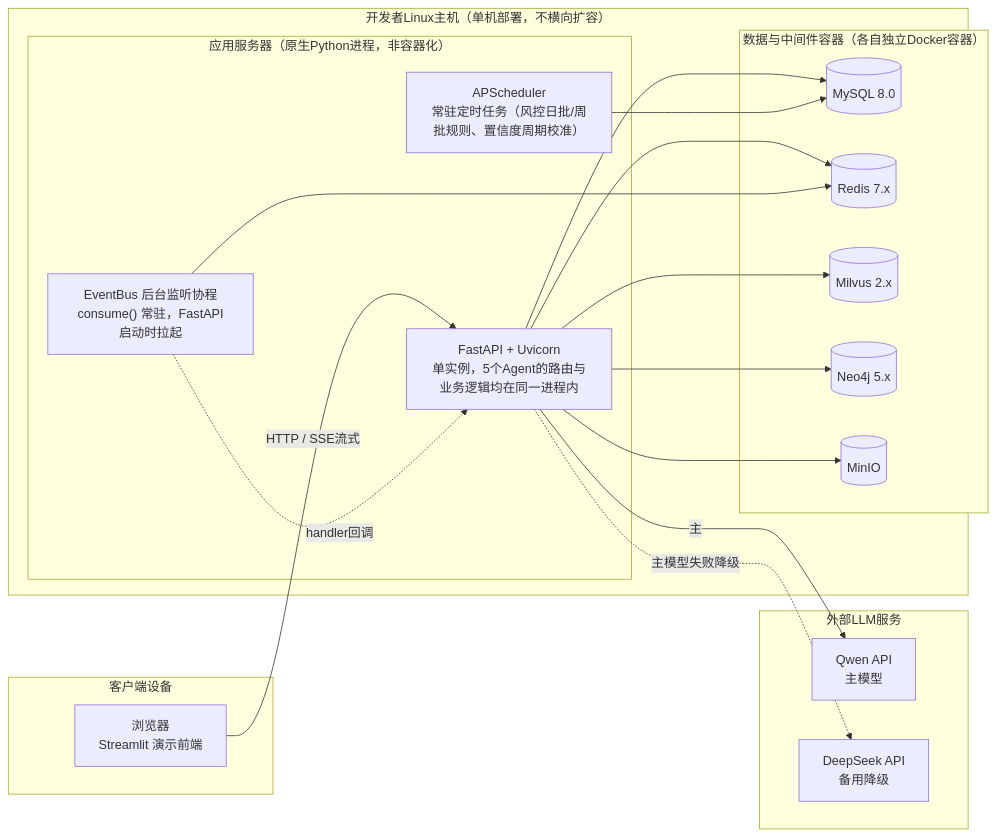
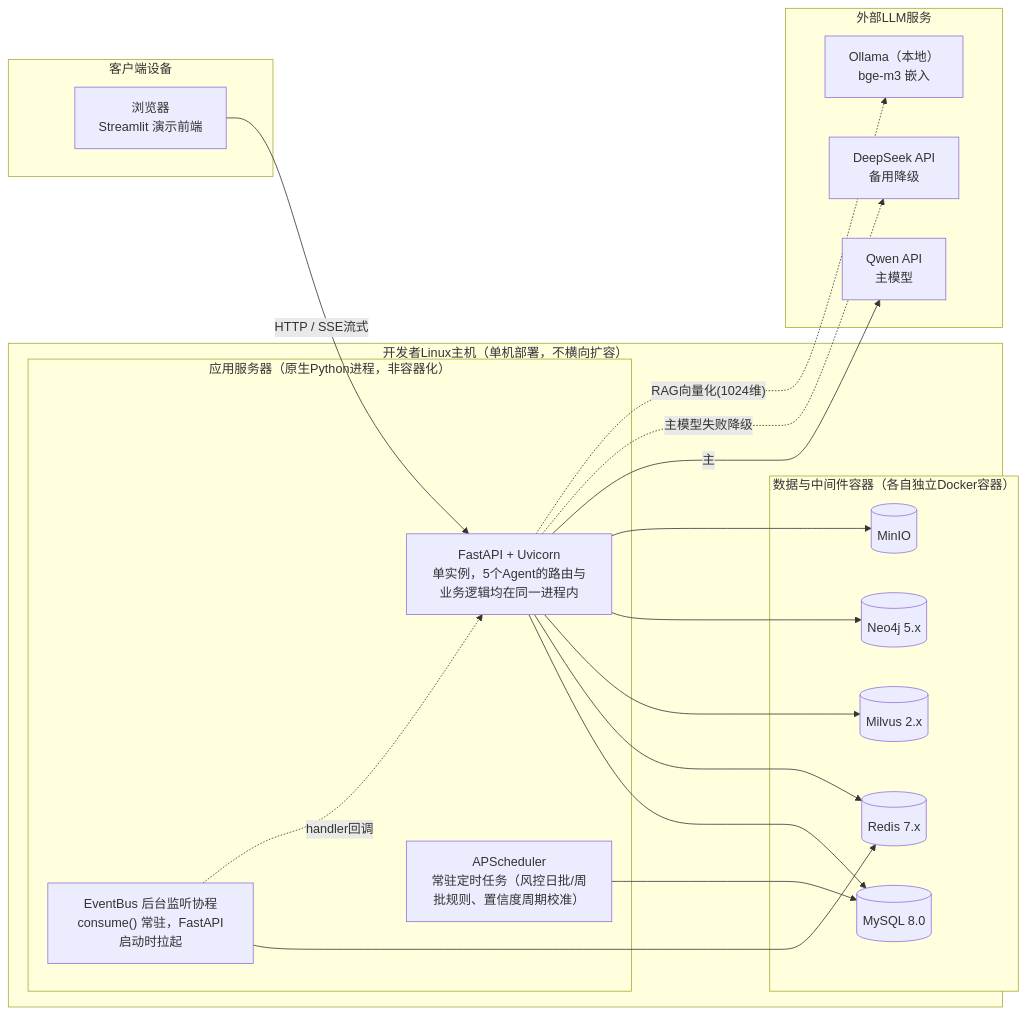
One commit to Luckydajiupro/wealth-butler changed the second of 8 diagrams in docs/架构设计文档.md. Above: the diagram before and after it, drawn with Mermaid. The commit also changed other lines of this file and 8 other files, not shown here.

First line of the commit message:
嵌入模型改为本地 Ollama bge-m3，并补充 .env.example 模板

````diff
--- a/docs/架构设计文档.md
+++ b/docs/架构设计文档.md
@@ -120,39 +120,41 @@
 ```mermaid
 graph LR
     subgraph 客户端设备
         Browser["浏览器<br/>Streamlit 演示前端"]
     end
 
     subgraph 开发者Linux主机["开发者Linux主机（单机部署，不横向扩容）"]
         subgraph 应用服务器["应用服务器（原生Python进程，非容器化）"]
             Uvicorn["FastAPI + Uvicorn<br/>单实例，5个Agent的路由与业务逻辑均在同一进程内"]
             Scheduler["APScheduler<br/>常驻定时任务（风控日批/周批规则、置信度周期校准）"]
             Listener["EventBus 后台监听协程<br/>consume() 常驻，FastAPI启动时拉起"]
         end
 
         subgraph 数据与中间件容器["数据与中间件容器（各自独立Docker容器）"]
             MySQL[(MySQL 8.0)]
             Redis[(Redis 7.x)]
             Milvus[(Milvus 2.x)]
             Neo4j[(Neo4j 5.x)]
             MinIO[(MinIO)]
         end
     end
 
     subgraph 外部LLM服务
         Qwen["Qwen API<br/>主模型"]
         DeepSeek["DeepSeek API<br/>备用降级"]
+        Ollama["Ollama（本地）<br/>bge-m3 嵌入"]
     end
 
     Browser -- "HTTP / SSE流式" --> Uvicorn
     Uvicorn --> MySQL
     Uvicorn --> Redis
     Uvicorn --> Milvus
     Uvicorn --> Neo4j
     Uvicorn --> MinIO
     Uvicorn -- "主" --> Qwen
     Uvicorn -. "主模型失败降级" .-> DeepSeek
+    Uvicorn -. "RAG向量化(1024维)" .-> Ollama
     Scheduler --> MySQL
     Listener --> Redis
     Listener -. "handler回调" .-> Uvicorn
 ```
````
